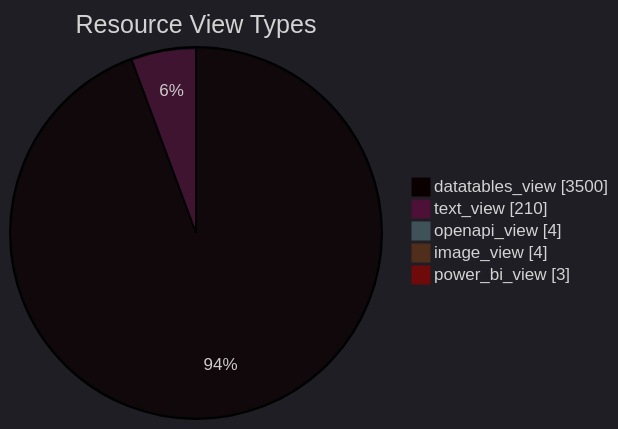
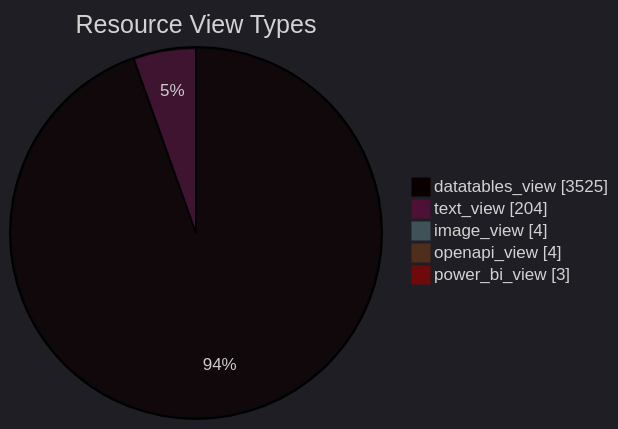
One commit to open-data/analytics-corporate-reporting changed the diagram in datastore_tracker/resource_view_types_pie_chart.md. Above: the diagram before and after it, drawn with Mermaid. The commit also changed 9 other files, not shown here.

````diff
--- a/datastore_tracker/resource_view_types_pie_chart.md
+++ b/datastore_tracker/resource_view_types_pie_chart.md
@@ -2,12 +2,12 @@
 ```mermaid
 ---
 config:
   theme: dark
 ---
 pie showData title Resource View Types
-    "datatables_view": 3500
-    "text_view": 210
+    "datatables_view": 3525
+    "text_view": 204
+    "image_view": 4
     "openapi_view": 4
-    "image_view": 4
     "power_bi_view": 3
 ```
````
